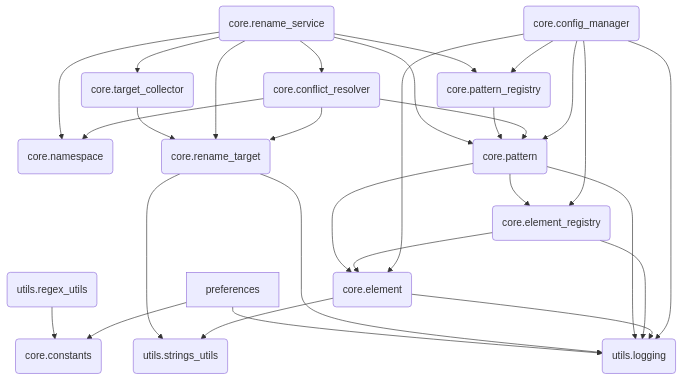
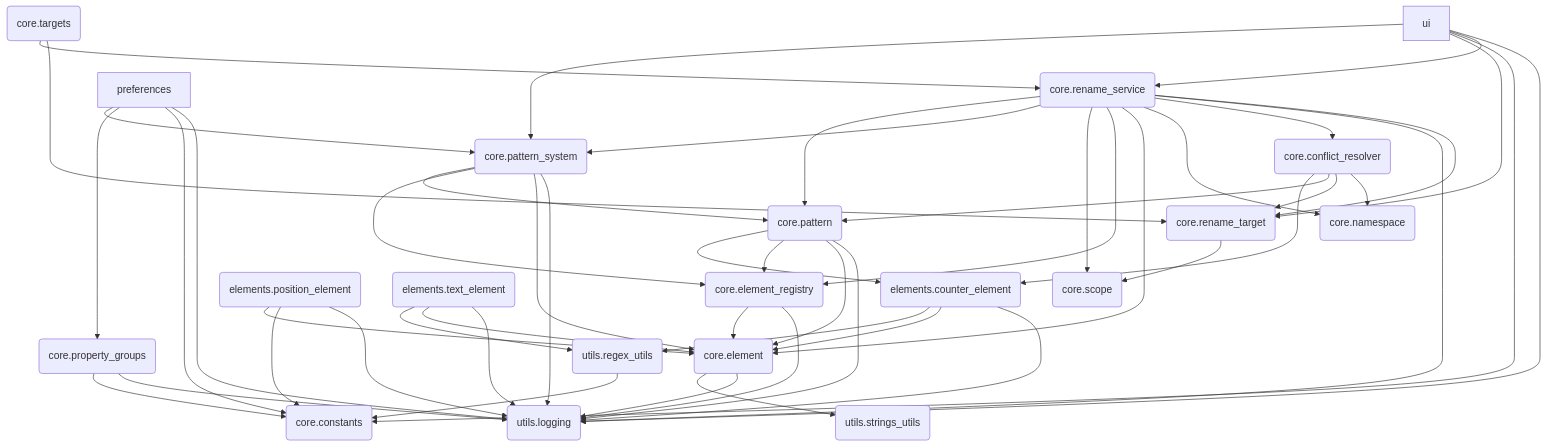
Before and after one commit to Pluglug/modular-renamer: the diagram in debug/module_dependencies.mmd, drawn with Mermaid. The commit also changed 16 other files, not shown here.

```diff
--- a/debug/module_dependencies.mmd
+++ b/debug/module_dependencies.mmd
@@ -1,50 +1,76 @@
 ---
 config:
   theme: default
   flowchart:
     curve: basis
 ---
 flowchart TD
-    core_config_manager(core.config_manager)
     core_conflict_resolver(core.conflict_resolver)
     core_constants(core.constants)
     core_element(core.element)
     core_element_registry(core.element_registry)
     core_namespace(core.namespace)
     core_pattern(core.pattern)
-    core_pattern_registry(core.pattern_registry)
+    core_pattern_system(core.pattern_system)
+    core_property_groups(core.property_groups)
     core_rename_service(core.rename_service)
     core_rename_target(core.rename_target)
-    core_target_collector(core.target_collector)
+    core_scope(core.scope)
+    core_targets(core.targets)
+    elements_counter_element(elements.counter_element)
+    elements_position_element(elements.position_element)
+    elements_text_element(elements.text_element)
     preferences[preferences]
+    ui[ui]
     utils_logging(utils.logging)
     utils_regex_utils(utils.regex_utils)
     utils_strings_utils(utils.strings_utils)
-    core_config_manager --> core_element_registry
-    core_config_manager --> core_element
-    core_config_manager --> utils_logging
-    core_config_manager --> core_pattern_registry
-    core_config_manager --> core_pattern
+    core_conflict_resolver --> elements_counter_element
+    core_conflict_resolver --> core_pattern
     core_conflict_resolver --> core_rename_target
     core_conflict_resolver --> core_namespace
-    core_conflict_resolver --> core_pattern
     core_element --> utils_strings_utils
     core_element --> utils_logging
     core_element_registry --> core_element
     core_element_registry --> utils_logging
+    core_pattern --> elements_counter_element
+    core_pattern --> core_element_registry
     core_pattern --> core_element
     core_pattern --> utils_logging
-    core_pattern --> core_element_registry
-    core_pattern_registry --> core_pattern
-    core_rename_service --> core_rename_target
+    core_pattern_system --> core_pattern
+    core_pattern_system --> core_element_registry
+    core_pattern_system --> core_element
+    core_pattern_system --> utils_logging
+    core_property_groups --> core_constants
+    core_property_groups --> utils_logging
+    core_rename_service --> core_pattern
+    core_rename_service --> core_pattern_system
+    core_rename_service --> core_scope
+    core_rename_service --> core_element_registry
+    core_rename_service --> core_element
     core_rename_service --> core_namespace
     core_rename_service --> core_conflict_resolver
-    core_rename_service --> core_target_collector
-    core_rename_service --> core_pattern_registry
-    core_rename_service --> core_pattern
-    core_rename_target --> utils_strings_utils
-    core_rename_target --> utils_logging
-    core_target_collector --> core_rename_target
+    core_rename_service --> utils_logging
+    core_rename_service --> core_rename_target
+    core_rename_target --> core_scope
+    core_targets --> core_rename_service
+    core_targets --> core_rename_target
+    elements_counter_element --> utils_regex_utils
+    elements_counter_element --> core_element
+    elements_counter_element --> utils_logging
+    elements_position_element --> core_element
+    elements_position_element --> core_constants
+    elements_position_element --> utils_logging
+    elements_text_element --> utils_regex_utils
+    elements_text_element --> core_element
+    elements_text_element --> utils_logging
+    preferences --> core_pattern_system
+    preferences --> core_property_groups
+    preferences --> core_constants
     preferences --> utils_logging
-    preferences --> core_constants
+    ui --> core_pattern_system
+    ui --> core_rename_target
+    ui --> core_constants
+    ui --> core_rename_service
+    ui --> utils_logging
     utils_regex_utils --> core_constants
```
